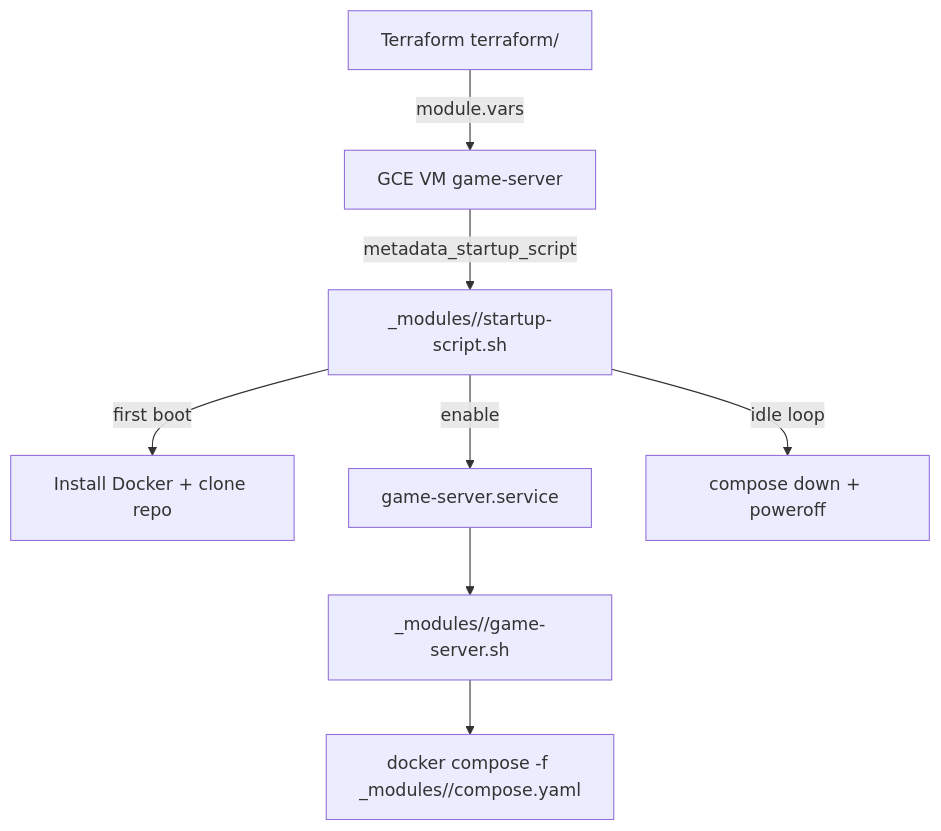
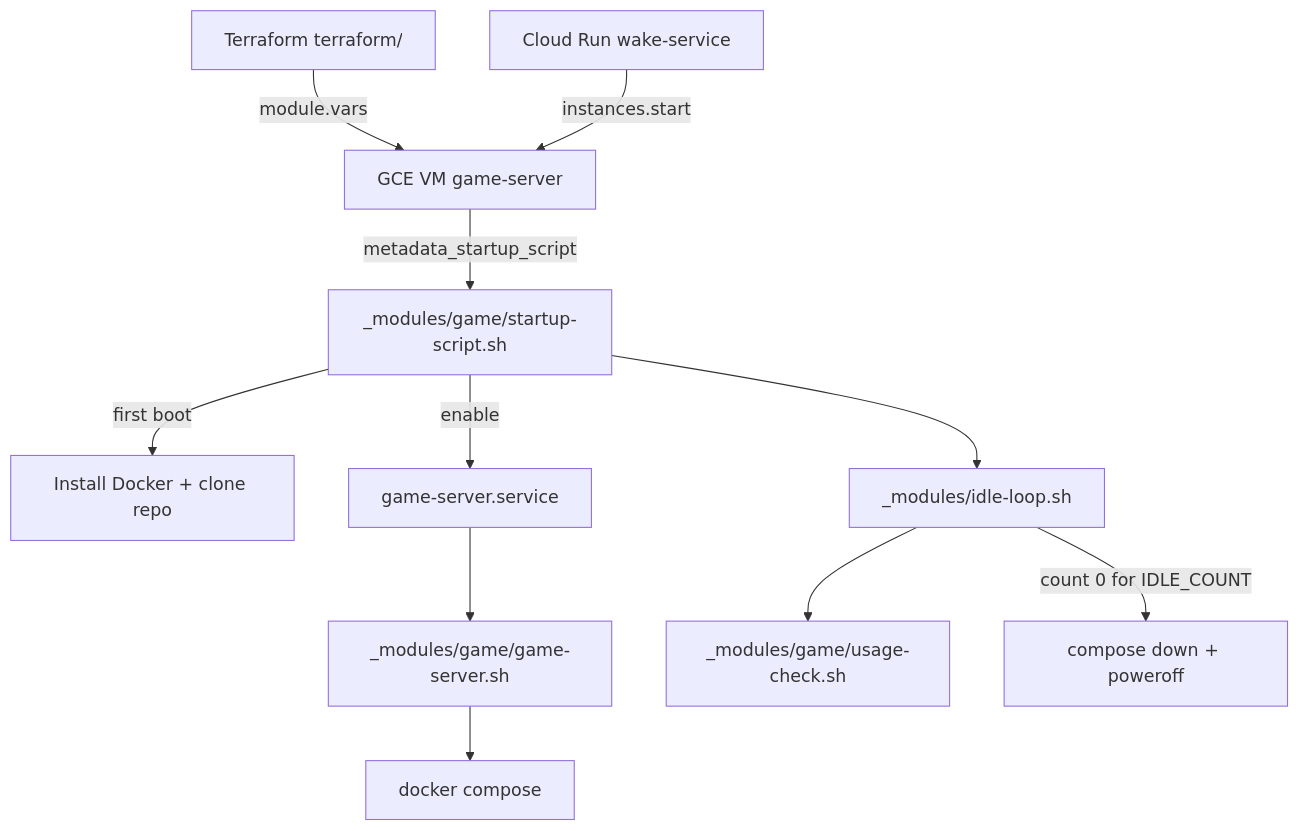
Before and after one commit to igetit41/igetit41-docker-game-server: the diagram in cursor-context-game-server.md, drawn with Mermaid. The commit also changed other lines of this file and 13 other files, not shown here.

````diff
--- a/cursor-context-game-server.md
+++ b/cursor-context-game-server.md
@@ -44,10 +48,13 @@
 ```mermaid
 flowchart TD
   TF[Terraform terraform/] -->|module.vars| VM[GCE VM game-server]
-  VM -->|metadata_startup_script| SS["_modules/<game>/startup-script.sh"]
+  Wake[Cloud Run wake-service] -->|instances.start| VM
+  VM -->|metadata_startup_script| SS["_modules/game/startup-script.sh"]
   SS -->|first boot| Docker[Install Docker + clone repo]
   SS -->|enable| SystemD[game-server.service]
-  SystemD --> GS["_modules/<game>/game-server.sh"]
-  GS --> DC["docker compose -f _modules/<game>/compose.yaml"]
-  SS -->|idle loop| Shutdown[compose down + poweroff]
+  SystemD --> GS["_modules/game/game-server.sh"]
+  GS --> DC["docker compose"]
+  SS --> Idle["_modules/idle-loop.sh"]
+  Idle --> UC["_modules/game/usage-check.sh"]
+  Idle -->|count 0 for IDLE_COUNT| Shutdown[compose down + poweroff]
 ```
````
